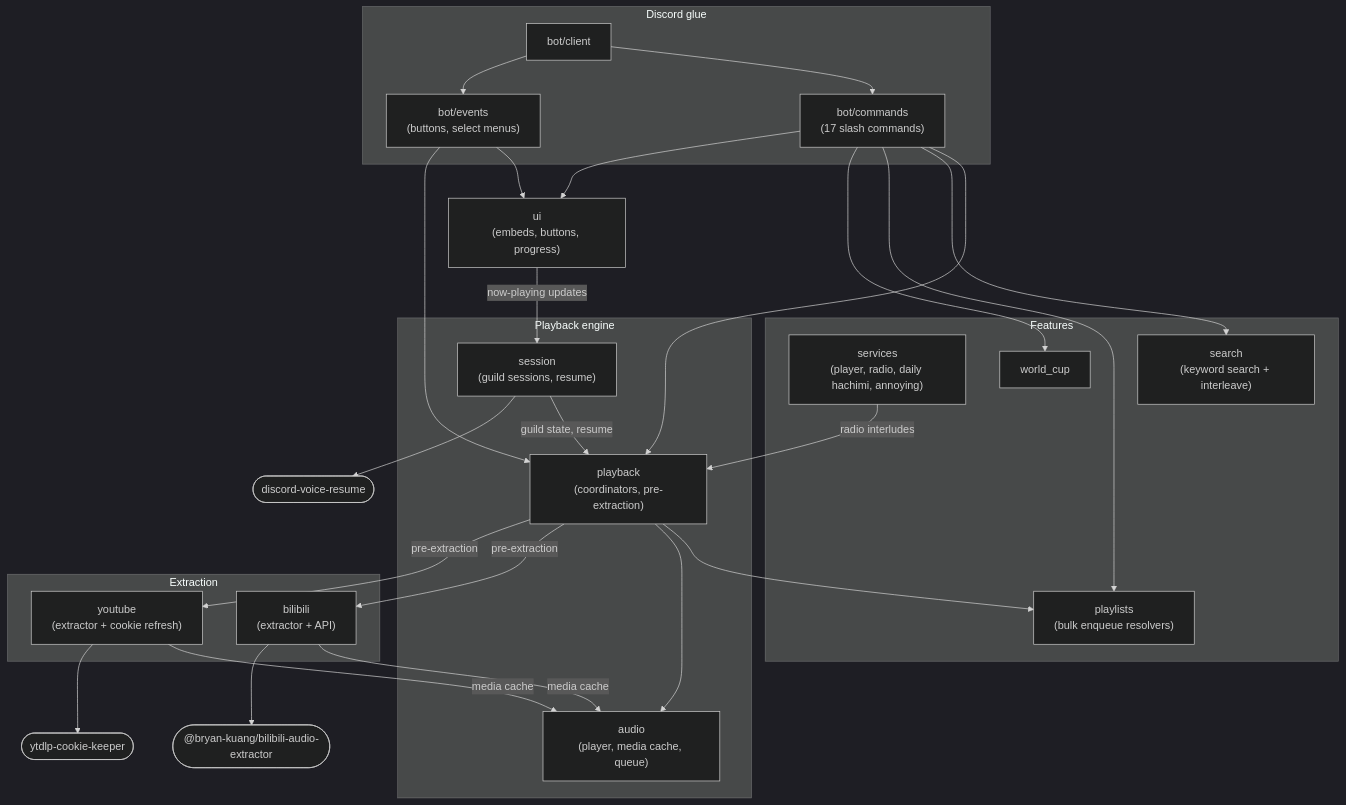
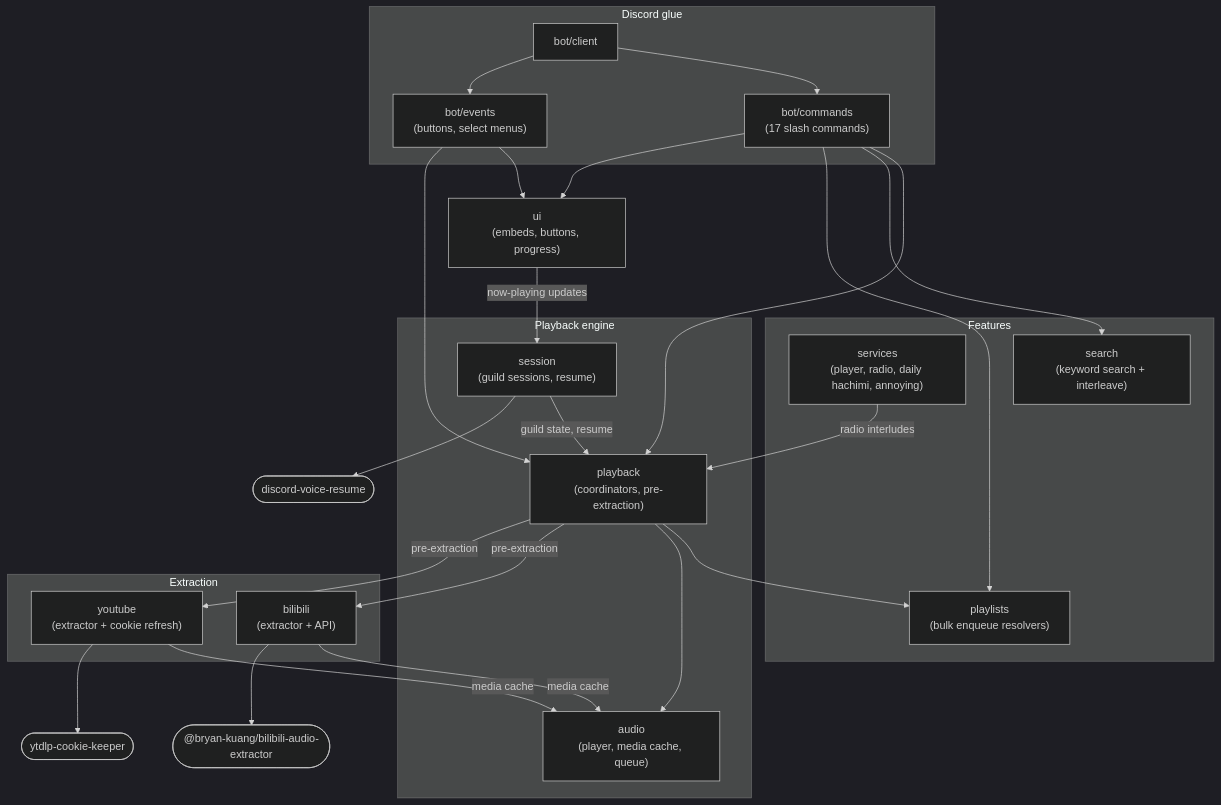
One commit to Bryan-Kuang/FM-Hachimi changed the first of 3 diagrams in docs/architecture.md. Above: the diagram before and after it, drawn with Mermaid (dark theme). The commit also changed other lines of this file and 17 other files, not shown here.

First line of the commit message:
chore: remove the World Cup feature, now extracted to live-score-watcher

````diff
--- a/docs/architecture.md
+++ b/docs/architecture.md
@@ -11,58 +11,56 @@
 ```mermaid
 graph TD
     subgraph Discord glue
         commands["bot/commands<br/>(17 slash commands)"]
         events["bot/events<br/>(buttons, select menus)"]
         client["bot/client"]
     end
 
     subgraph Features
         services["services<br/>(player, radio, daily hachimi, annoying)"]
         search["search<br/>(keyword search + interleave)"]
         playlists["playlists<br/>(bulk enqueue resolvers)"]
-        world_cup["world_cup"]
     end
 
     subgraph Playback engine
         session["session<br/>(guild sessions, resume)"]
         playback["playback<br/>(coordinators, pre-extraction)"]
         audio["audio<br/>(player, media cache, queue)"]
     end
 
     subgraph Extraction
         bilibili["bilibili<br/>(extractor + API)"]
         youtube["youtube<br/>(extractor + cookie refresh)"]
     end
 
     ui["ui<br/>(embeds, buttons, progress)"]
 
     pkg1(["@bryan-kuang/bilibili-audio-extractor"])
     pkg2(["ytdlp-cookie-keeper"])
     pkg3(["discord-voice-resume"])
 
     client --> commands
     client --> events
     commands --> playback
     commands --> search
     commands --> playlists
-    commands --> world_cup
     commands --> ui
     events --> ui
     events --> playback
 
     services -->|radio interludes| playback
     session -->|guild state, resume| playback
     ui -->|now-playing updates| session
 
     playback --> playlists
     playback --> audio
     playback -->|pre-extraction| bilibili
     playback -->|pre-extraction| youtube
 
     bilibili -->|media cache| audio
     youtube -->|media cache| audio
 
     bilibili --> pkg1
     youtube --> pkg2
     session --> pkg3
 ```
````
